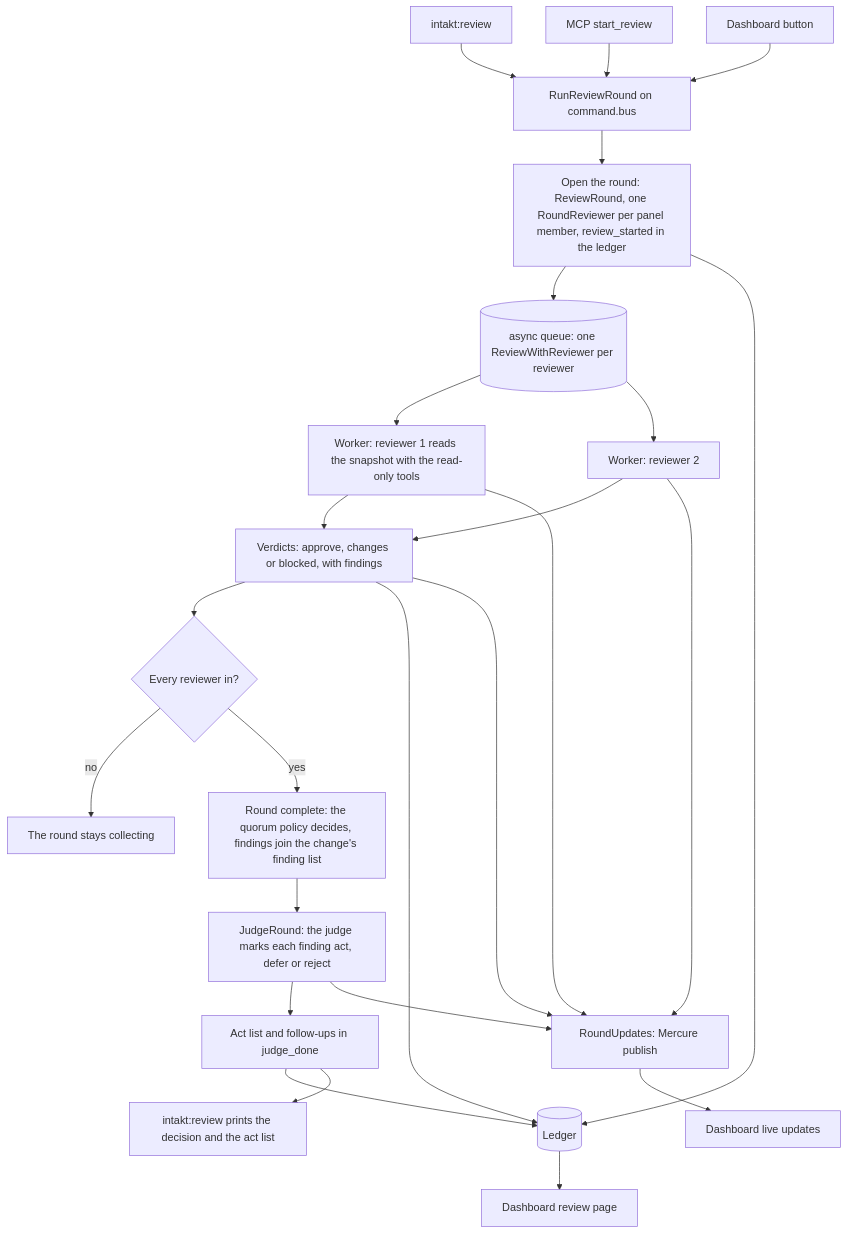
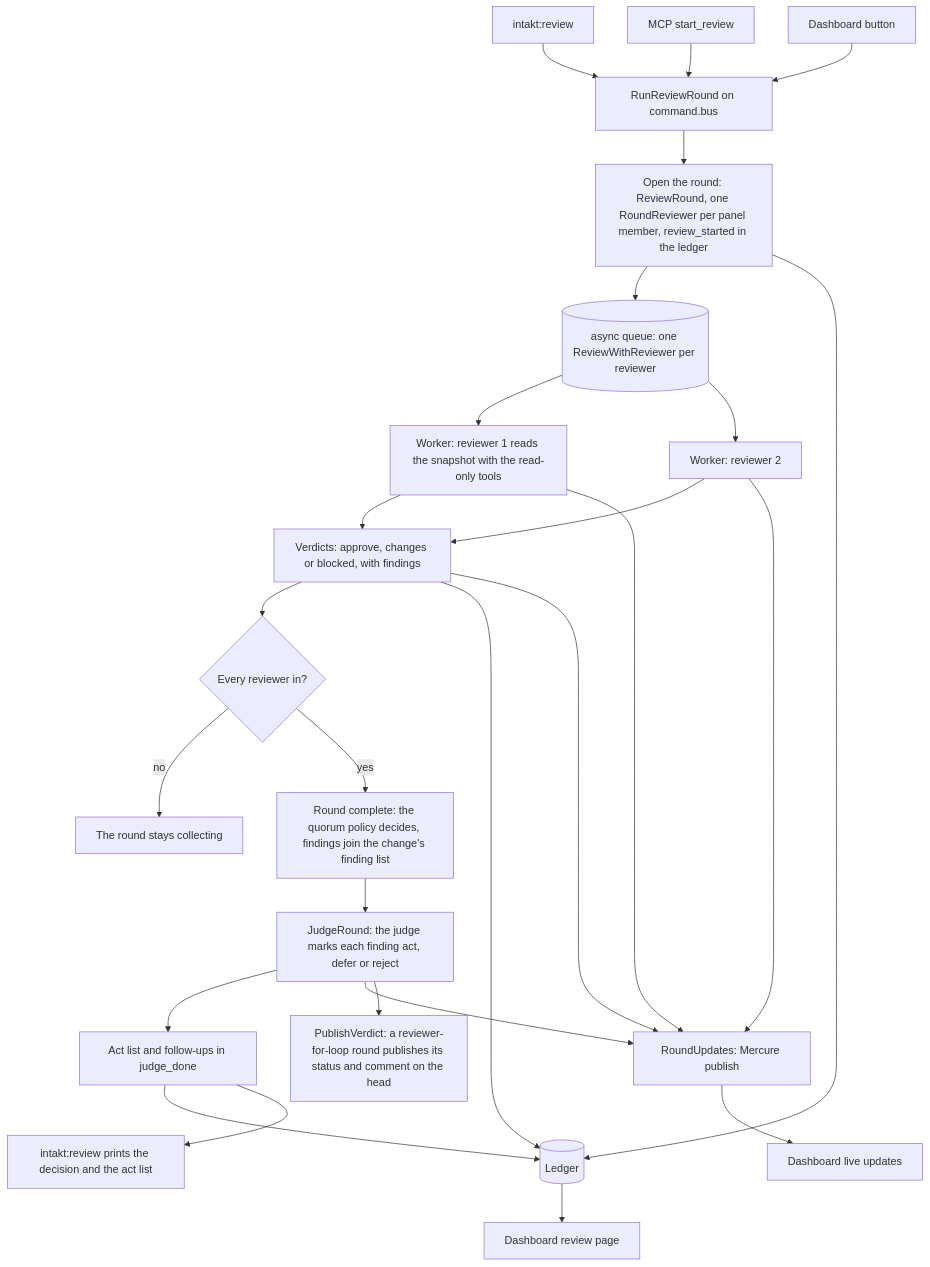
Before and after one commit to shinyredapples/intakt: the diagram in docs/architecture/review-flow.md, drawn with Mermaid. The commit also changed 10 other files, not shown here.

Commit message:
docs(review): describe the published verdict contract with the loop and its rollback

````diff
--- a/docs/architecture/review-flow.md
+++ b/docs/architecture/review-flow.md
@@ -5,27 +5,28 @@
 ```mermaid
 flowchart TD
     cli["intakt:review"] --> start
     mcp["MCP start_review"] --> start
     btn["Dashboard button"] --> start
     start["RunReviewRound on command.bus"] --> open["Open the round: ReviewRound, one RoundReviewer per panel member, review_started in the ledger"]
     open --> queue[("async queue: one ReviewWithReviewer per reviewer")]
     queue --> w1["Worker: reviewer 1 reads the snapshot with the read-only tools"]
     queue --> w2["Worker: reviewer 2"]
     w1 --> verdicts["Verdicts: approve, changes or blocked, with findings"]
     w2 --> verdicts
     verdicts --> complete{"Every reviewer in?"}
     complete -->|no| wait["The round stays collecting"]
     complete -->|yes| quorum["Round complete: the quorum policy decides, findings join the change's finding list"]
     quorum --> judge["JudgeRound: the judge marks each finding act, defer or reject"]
     judge --> act["Act list and follow-ups in judge_done"]
     act --> ledger[("Ledger")]
     open --> ledger
     verdicts --> ledger
     ledger --> dash["Dashboard review page"]
     w1 --> updates["RoundUpdates: Mercure publish"]
     w2 --> updates
     verdicts --> updates
     judge --> updates
     updates --> live["Dashboard live updates"]
     act --> out["intakt:review prints the decision and the act list"]
+    judge --> publish["PublishVerdict: a reviewer-for-loop round publishes its status and comment on the head"]
 ```
````
